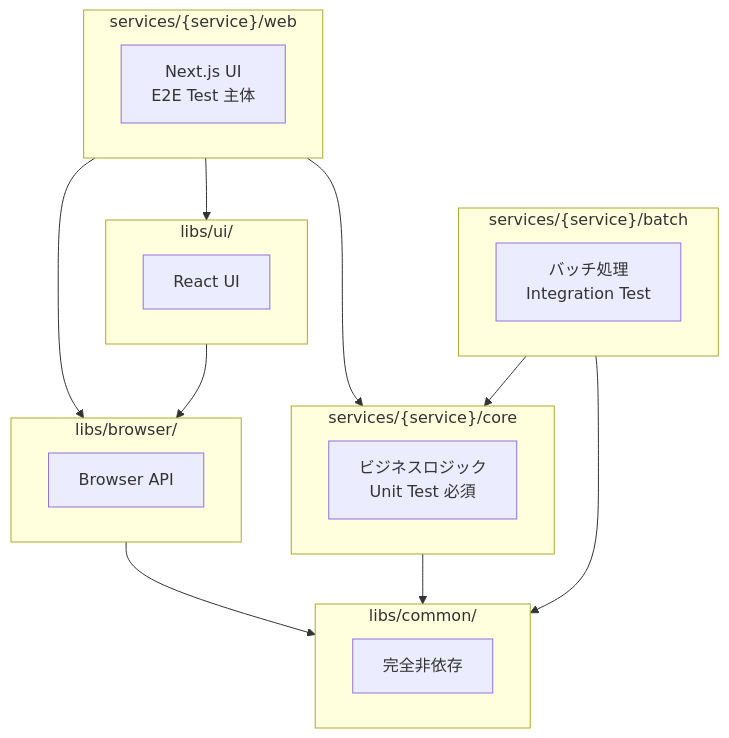
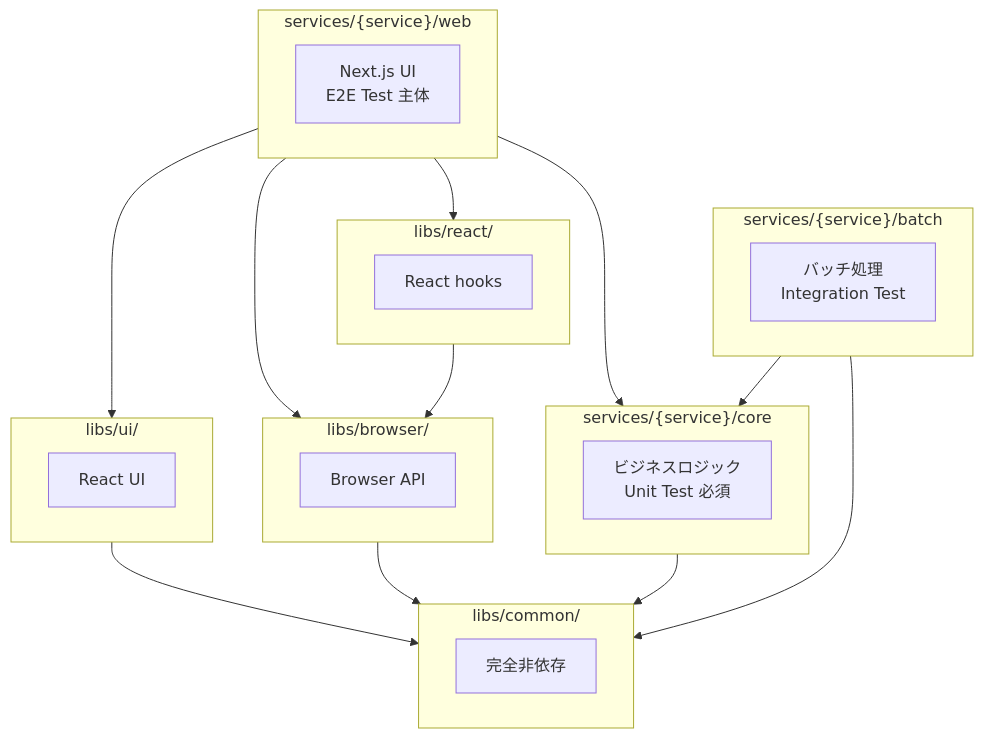
Before and after one commit to nagiyu/nagiyu-platform: the diagram in docs/development/monorepo-structure.md, drawn with Mermaid. The commit also changed other lines of this file and 2 other files, not shown here.

````diff
--- a/docs/development/monorepo-structure.md
+++ b/docs/development/monorepo-structure.md
@@ -118,36 +118,42 @@
 ```mermaid
 flowchart TB
     subgraph web["services/{service}/web"]
         web_label["Next.js UI<br/>E2E Test 主体"]
     end
 
     subgraph core["services/{service}/core"]
         core_label["ビジネスロジック<br/>Unit Test 必須"]
     end
 
     subgraph ui["libs/ui/"]
         ui_label["React UI"]
     end
 
+    subgraph react["libs/react/"]
+        react_label["React hooks"]
+    end
+
     subgraph browser["libs/browser/"]
         browser_label["Browser API"]
     end
 
     subgraph common["libs/common/"]
         common_label["完全非依存"]
     end
 
     web --> core
     web --> ui
+    web --> react
     web --> browser
-    ui --> browser
+    ui --> common
+    react --> browser
     browser --> common
     core --> common
 
     subgraph batch["services/{service}/batch"]
         batch_label["バッチ処理<br/>Integration Test"]
     end
 
     batch --> core
     batch --> common
 ```
````
